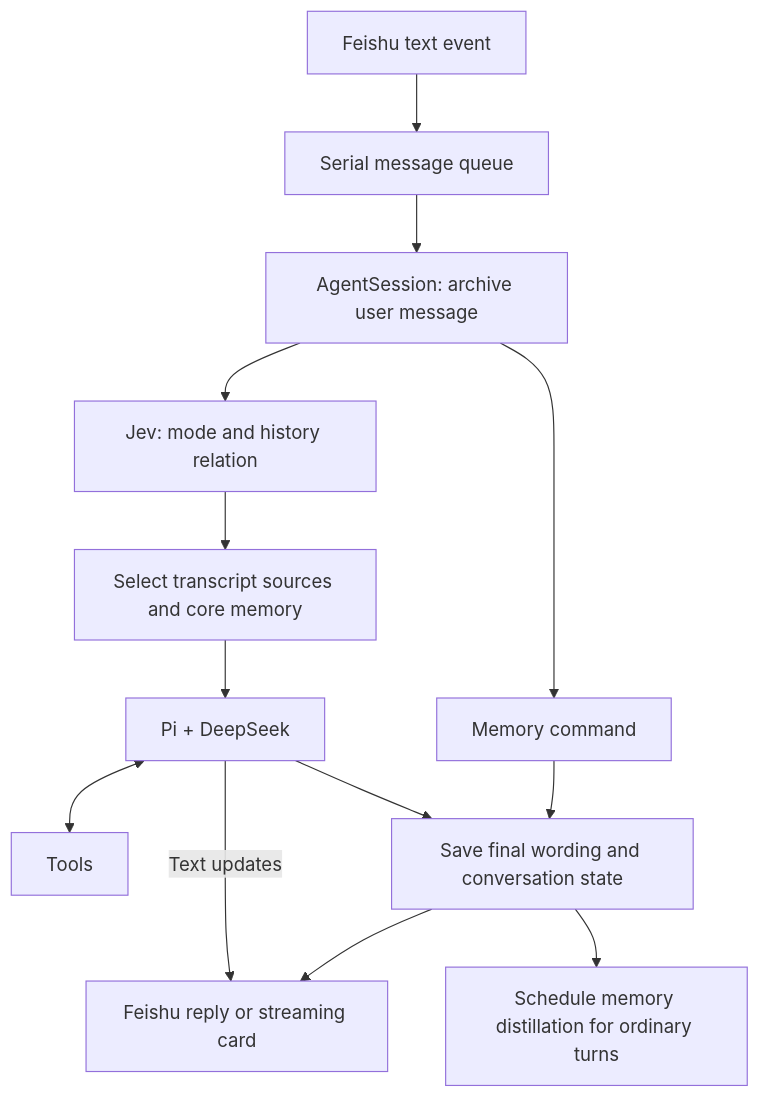
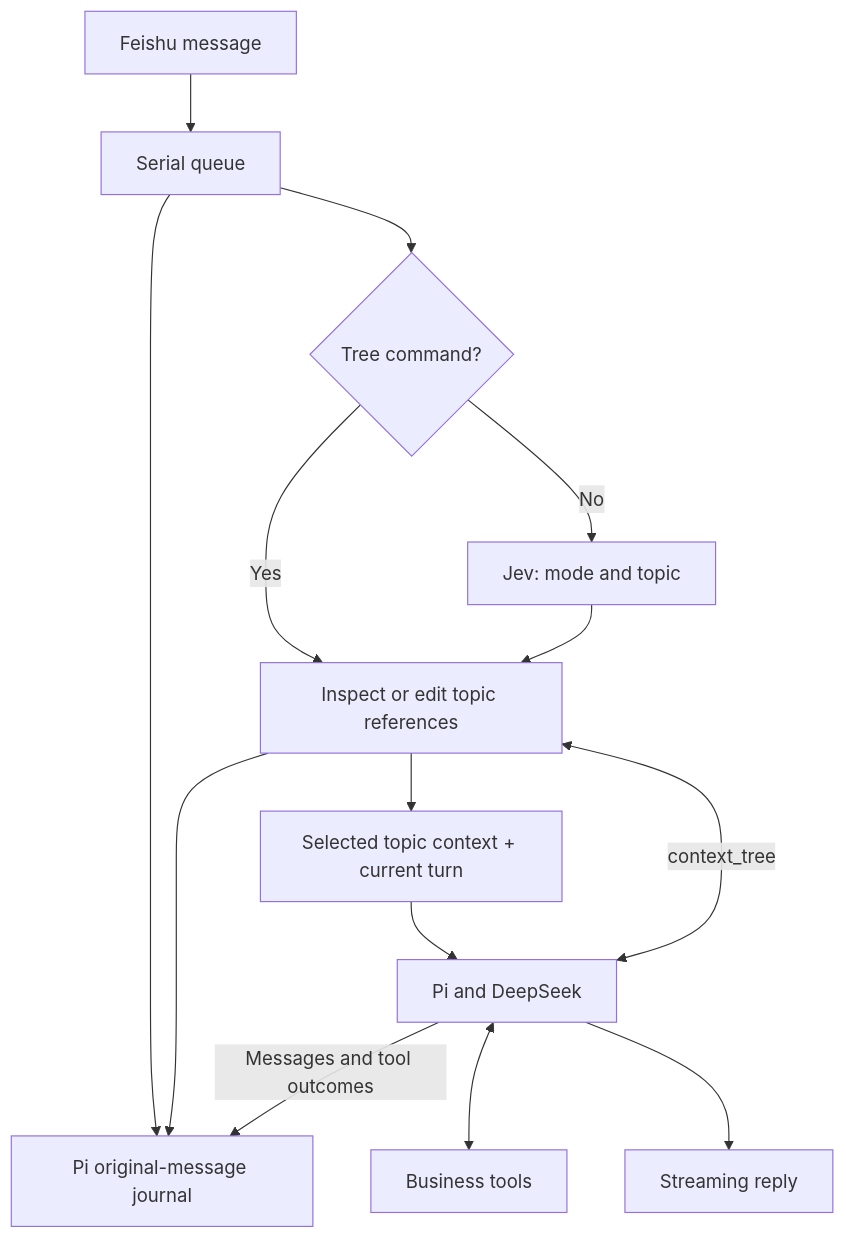
One commit to xiongzile/emilia-lark-agent changed the diagram in docs/conversation-routing.md. Above: the diagram before and after it, drawn with Mermaid. The commit also changed other lines of this file and 61 other files, not shown here.

Commit message:
refactor: manage conversation context with recoverable topic trees

````diff
--- a/docs/conversation-routing.md
+++ b/docs/conversation-routing.md
@@ -5,15 +7,16 @@
 ```mermaid
 flowchart TD
-    L[Feishu text event] --> Q[Serial message queue]
-    Q --> S[AgentSession: archive user message]
-    S --> C[Memory command]
-    S --> R[Jev: mode and history relation]
-    R --> H[Select transcript sources and core memory]
-    H --> P[Pi + DeepSeek]
-    P <--> T[Tools]
-    P -->|Text updates| F[Feishu reply or streaming card]
-    P --> A[Save final wording and conversation state]
-    C --> A
-    A --> F
-    A --> M[Schedule memory distillation for ordinary turns]
+    U[Feishu message] --> Q[Serial queue]
+    Q --> J[Pi original-message journal]
+    Q --> C{Tree command?}
+    C -->|Yes| T[Inspect or edit topic references]
+    C -->|No| R[Jev: mode and topic]
+    R --> T
+    T --> V[Selected topic context + current turn]
+    V --> A[Pi and DeepSeek]
+    A <-->|context_tree| T
+    T --> J
+    A <--> B[Business tools]
+    A -->|Messages and tool outcomes| J
+    A --> F[Streaming reply]
 ```
````
